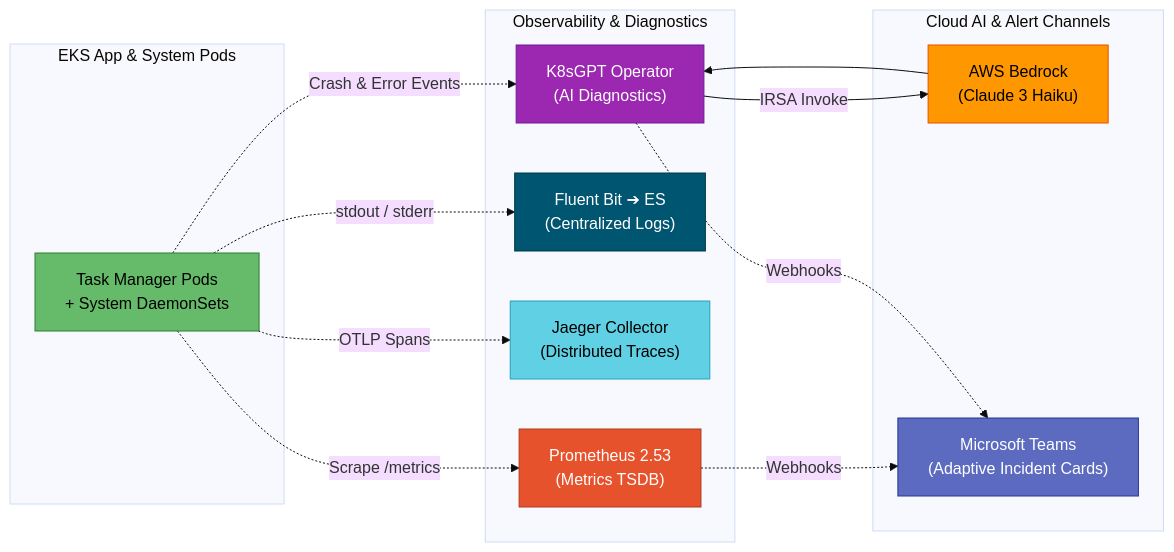
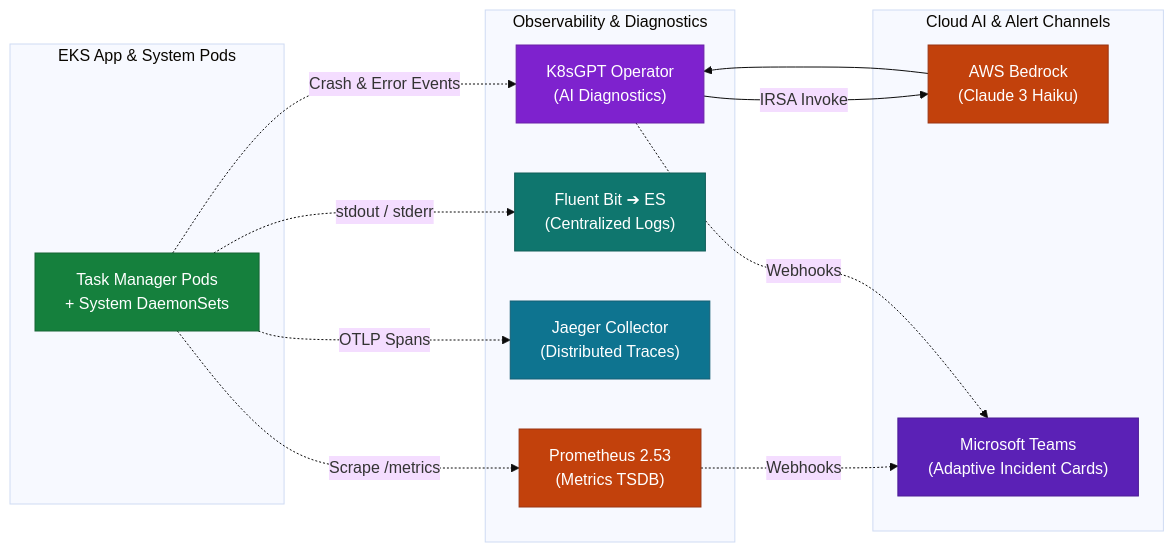
One commit to AdastraGupta/3-tier-k8s-project changed the fourth of 4 diagrams in README.md. Above: the diagram before and after it, drawn with Mermaid (base theme). The commit also changed other lines of this file, not shown here.

Commit message:
docs: resolve arrow overlaps and apply high-contrast dark theme to architecture diagrams

````diff
--- a/README.md
+++ b/README.md
@@ -231,33 +275,33 @@
 ```mermaid
 graph LR
     subgraph Workloads["EKS App & System Pods"]
         PODS["Task Manager Pods\n+ System DaemonSets"]
     end
 
     subgraph Observability_Engines["Observability & Diagnostics"]
         PROM["Prometheus 2.53\n(Metrics TSDB)"]
         FB["Fluent Bit ➔ ES\n(Centralized Logs)"]
         JG["Jaeger Collector\n(Distributed Traces)"]
         K8SGPT["K8sGPT Operator\n(AI Diagnostics)"]
     end
 
     subgraph Cloud_And_Alerts["Cloud AI & Alert Channels"]
         BEDROCK["AWS Bedrock\n(Claude 3 Haiku)"]
         TEAMS["Microsoft Teams\n(Adaptive Incident Cards)"]
     end
 
     PODS -.->|"Scrape /metrics"| PROM
     PODS -.->|"stdout / stderr"| FB
     PODS -.->|"OTLP Spans"| JG
     PODS -.->|"Crash & Error Events"| K8SGPT -->|"IRSA Invoke"| BEDROCK --> K8SGPT
 
     PROM & K8SGPT -.->|"Webhooks"| TEAMS
 
-    style PODS fill:#66BB6A,stroke:#2E7D32,color:#000
-    style PROM fill:#E6522C,stroke:#B13A1E,color:#fff
-    style FB fill:#005571,stroke:#003A4D,color:#fff
-    style JG fill:#60D0E4,stroke:#2BA0B5,color:#000
-    style K8SGPT fill:#9C27B0,stroke:#6A1B9A,color:#fff
-    style BEDROCK fill:#FF9800,stroke:#E65100,color:#000
-    style TEAMS fill:#5C6BC0,stroke:#283593,color:#fff
+    style PODS fill:#15803d,stroke:#166534,color:#ffffff
+    style PROM fill:#c2410c,stroke:#9a3412,color:#ffffff
+    style FB fill:#0f766e,stroke:#115e59,color:#ffffff
+    style JG fill:#0e7490,stroke:#155e75,color:#ffffff
+    style K8SGPT fill:#7e22ce,stroke:#6b21a8,color:#ffffff
+    style BEDROCK fill:#c2410c,stroke:#9a3412,color:#ffffff
+    style TEAMS fill:#5b21b6,stroke:#4c1d95,color:#ffffff
 ```
````
